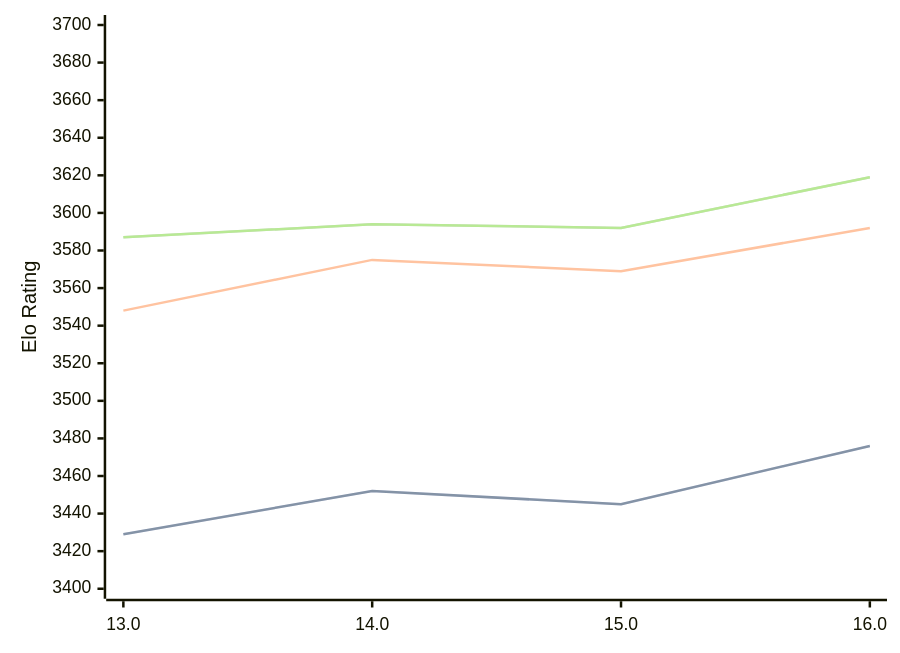
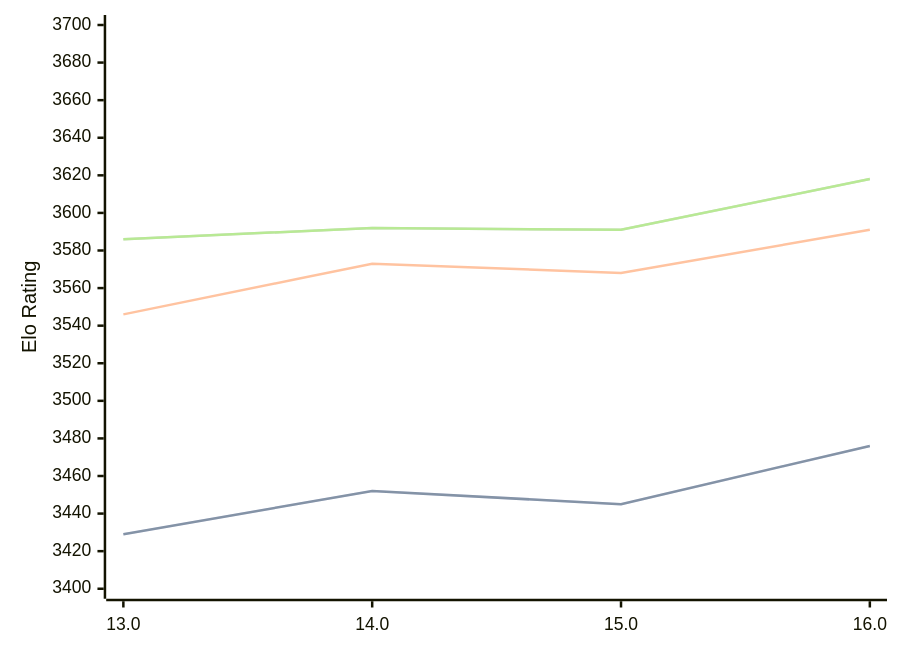
One commit to computer-chess-index/cci changed the diagram in engines/Obsidian.md. Above: the diagram before and after it, drawn with Mermaid. The commit also changed other lines of this file, not shown here.

Commit message:
Update CCI Ratings (ELO VLTC) - 2026-03-11

````diff
--- a/engines/Obsidian.md
+++ b/engines/Obsidian.md
@@ -41,11 +41,11 @@
 ```mermaid
 %%{init: {"theme":"base","themeVariables":{"seriesColors:['#a3a3a3','#222221','#faa371']}}}%%
 xychart-beta
   x-axis ["13.0", "14.0", "15.0", "16.0"]
   y-axis "Elo Rating" 3400 --> 3700
   line "STC (8.0+0.08s)" [3429, 3452, 3445, 3476]
   line "STC (8.0+0.08s)" [3429, 3452, 3445, 3476]
-  line "LTC (60.0+0.60s)" [3548, 3575, 3569, 3592]
-  line "VLTC (2m24s+1.12s)" [3587, 3594, 3592, 3619]
-  line "VLTC (2m24s+1.12s)" [3587, 3594, 3592, 3619]
+  line "LTC (60.0+0.60s)" [3546, 3573, 3568, 3591]
+  line "VLTC (2m24s+1.12s)" [3586, 3592, 3591, 3618]
+  line "VLTC (2m24s+1.12s)" [3586, 3592, 3591, 3618]
 ```
````
